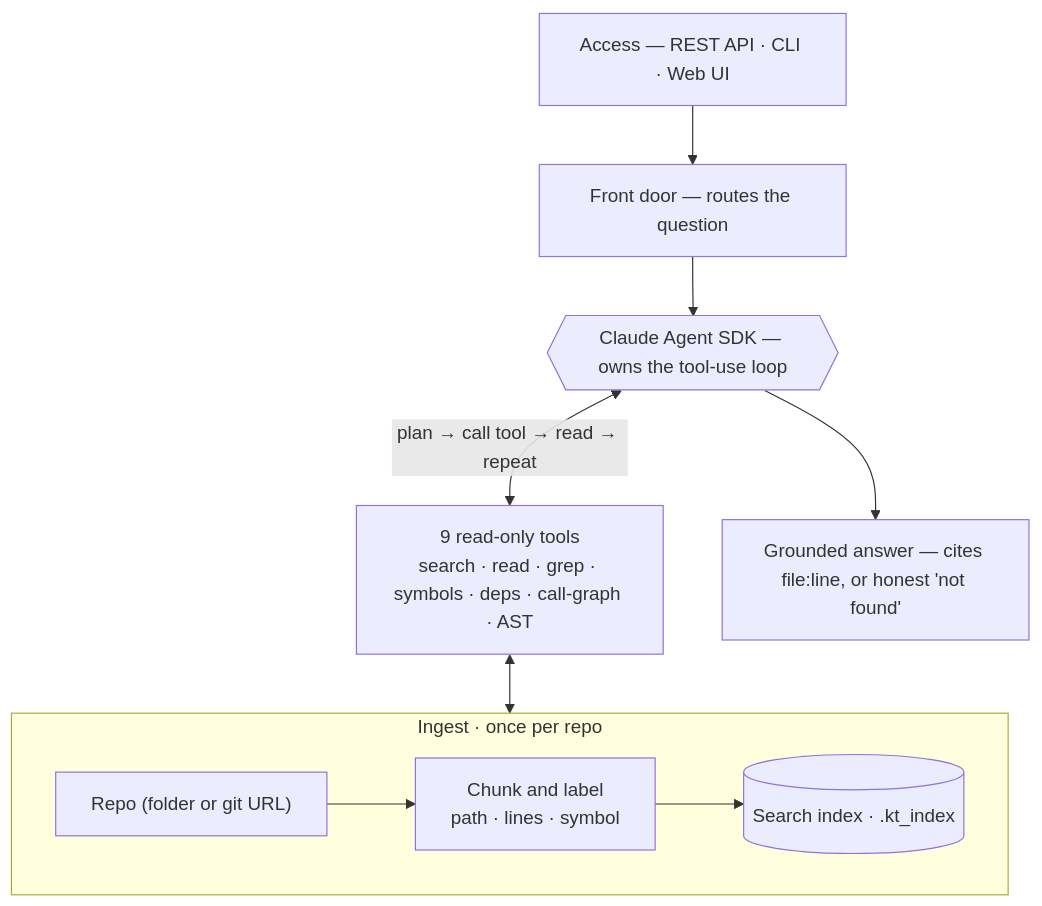
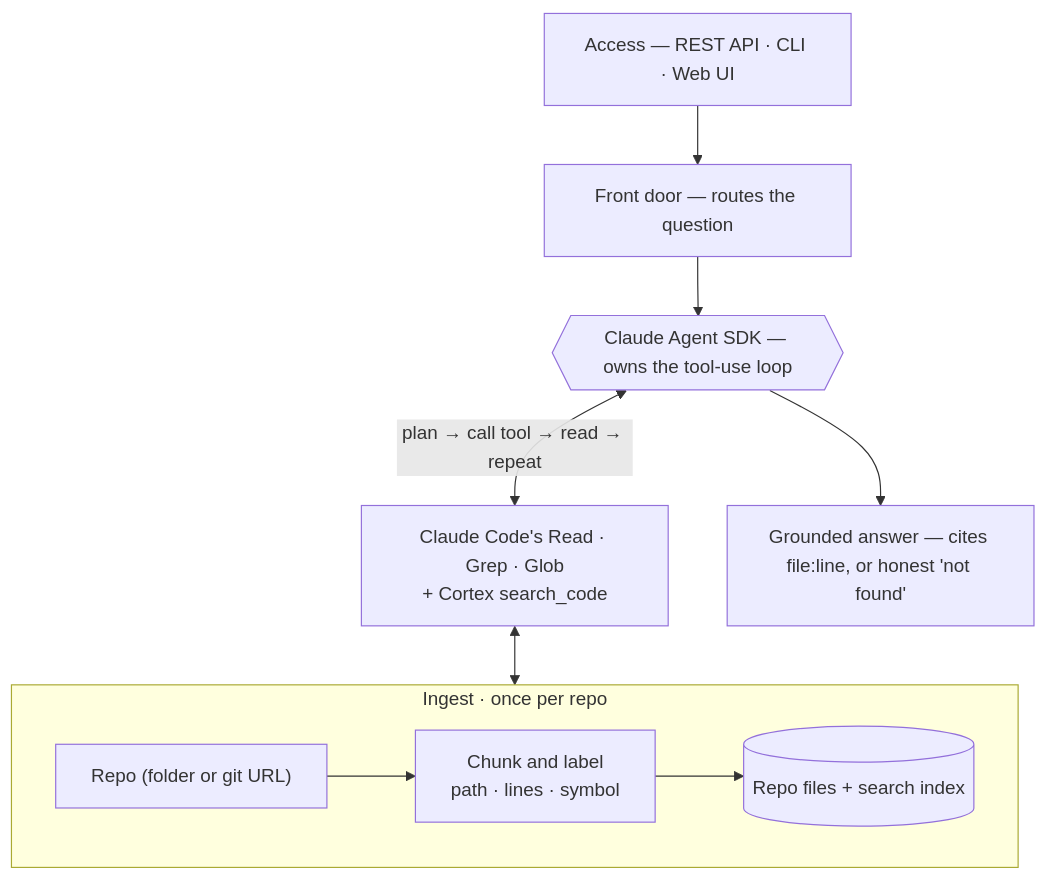
The diagram in README.md (ridham-ps/Cortex), drawn with Mermaid before and after one commit. The commit also changed other lines of this file and 150 other files, not shown here.

````diff
--- a/README.md
+++ b/README.md
@@ -35,13 +36,13 @@
 ```mermaid
 flowchart TD
     A["Access — REST API · CLI · Web UI"] --> B["Front door — routes the question"]
     B --> C{{"Claude Agent SDK — owns the tool-use loop"}}
-    C <-->|"plan → call tool → read → repeat"| T["9 read-only tools<br/>search · read · grep · symbols · deps · call-graph · AST"]
-    T <--> I[("Search index · .kt_index")]
+    C <-->|"plan → call tool → read → repeat"| T["Claude Code's Read · Grep · Glob<br/>+ Cortex search_code"]
+    T <--> I[("Repo files + search index")]
     C --> R["Grounded answer — cites file:line, or honest 'not found'"]
 
     subgraph Ingest ["Ingest · once per repo"]
         direction LR
         G["Repo (folder or git URL)"] --> H["Chunk and label<br/>path · lines · symbol"] --> I
     end
 ```
````
